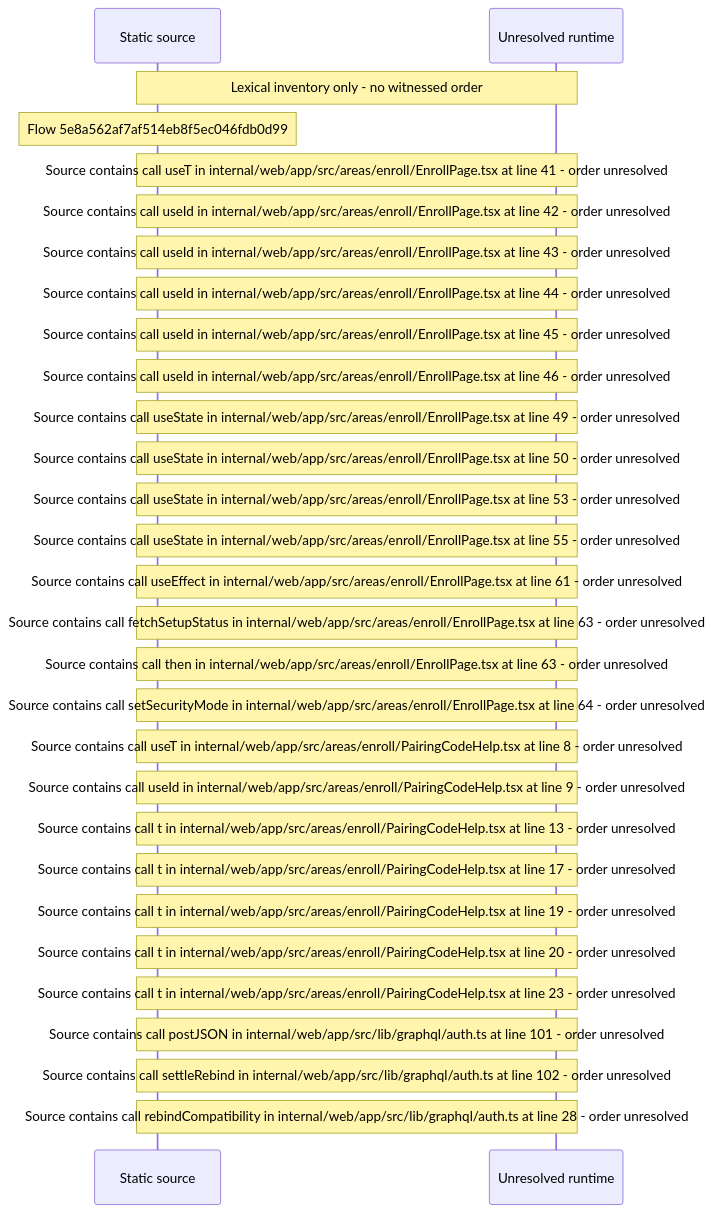
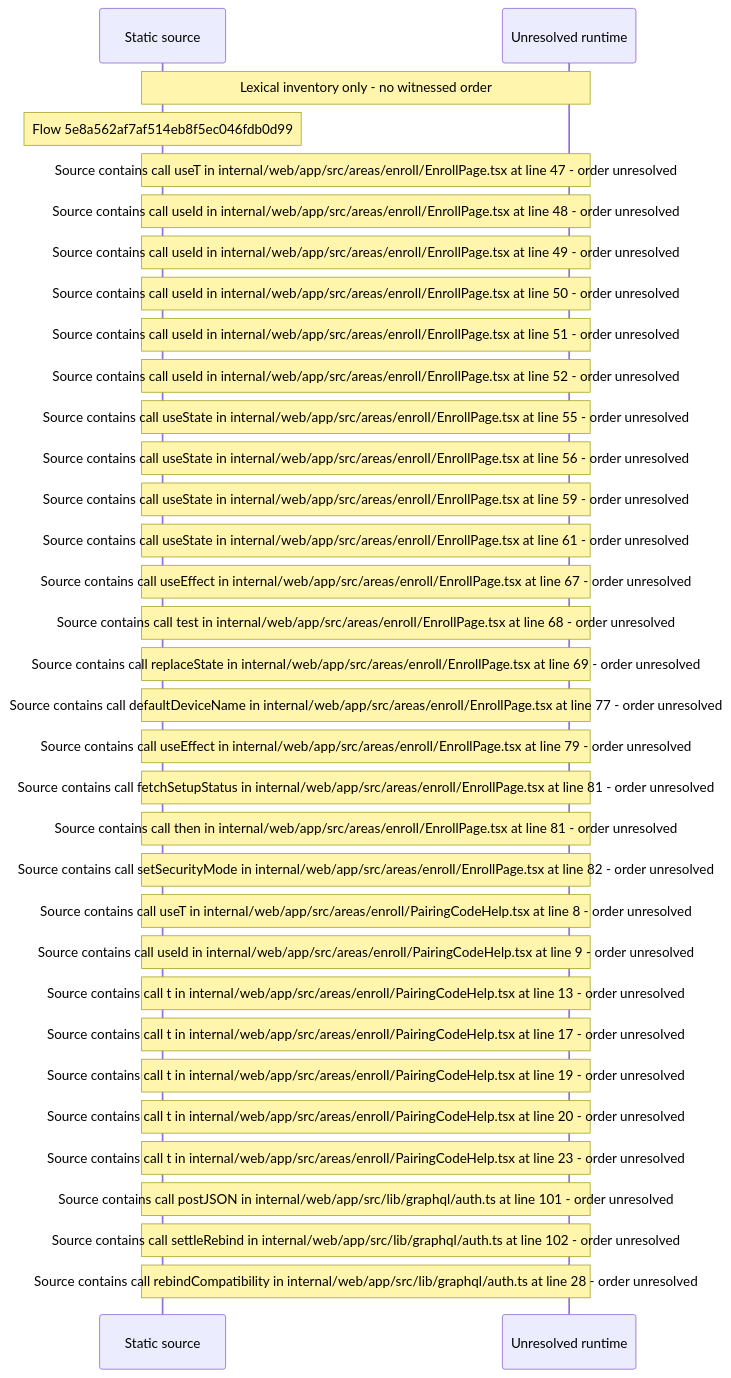
Before and after one commit to beamfall/core: the diagram in docs/web/flows/generated/5e8a562af7af514eb8f5ec046fdb0d99/flow-diagram.md, drawn with Mermaid. The commit also changed other lines of this file and 714 other files, not shown here.

Commit message:
Regenerate the web flow record on the batch 5 head (CORE-1762)

````diff
--- a/docs/web/flows/generated/5e8a562af7af514eb8f5ec046fdb0d99/flow-diagram.md
+++ b/docs/web/flows/generated/5e8a562af7af514eb8f5ec046fdb0d99/flow-diagram.md
@@ -10,31 +10,35 @@
 ```mermaid
 sequenceDiagram
     participant S as Static source
     participant U as Unresolved runtime
     Note over S,U: Lexical inventory only - no witnessed order
     Note over S: Flow 5e8a562af7af514eb8f5ec046fdb0d99
-    Note over S,U: Source contains call useT in internal/web/app/src/areas/enroll/EnrollPage.tsx at line 41 - order unresolved
-    Note over S,U: Source contains call useId in internal/web/app/src/areas/enroll/EnrollPage.tsx at line 42 - order unresolved
-    Note over S,U: Source contains call useId in internal/web/app/src/areas/enroll/EnrollPage.tsx at line 43 - order unresolved
-    Note over S,U: Source contains call useId in internal/web/app/src/areas/enroll/EnrollPage.tsx at line 44 - order unresolved
-    Note over S,U: Source contains call useId in internal/web/app/src/areas/enroll/EnrollPage.tsx at line 45 - order unresolved
-    Note over S,U: Source contains call useId in internal/web/app/src/areas/enroll/EnrollPage.tsx at line 46 - order unresolved
-    Note over S,U: Source contains call useState in internal/web/app/src/areas/enroll/EnrollPage.tsx at line 49 - order unresolved
-    Note over S,U: Source contains call useState in internal/web/app/src/areas/enroll/EnrollPage.tsx at line 50 - order unresolved
-    Note over S,U: Source contains call useState in internal/web/app/src/areas/enroll/EnrollPage.tsx at line 53 - order unresolved
+    Note over S,U: Source contains call useT in internal/web/app/src/areas/enroll/EnrollPage.tsx at line 47 - order unresolved
+    Note over S,U: Source contains call useId in internal/web/app/src/areas/enroll/EnrollPage.tsx at line 48 - order unresolved
+    Note over S,U: Source contains call useId in internal/web/app/src/areas/enroll/EnrollPage.tsx at line 49 - order unresolved
+    Note over S,U: Source contains call useId in internal/web/app/src/areas/enroll/EnrollPage.tsx at line 50 - order unresolved
+    Note over S,U: Source contains call useId in internal/web/app/src/areas/enroll/EnrollPage.tsx at line 51 - order unresolved
+    Note over S,U: Source contains call useId in internal/web/app/src/areas/enroll/EnrollPage.tsx at line 52 - order unresolved
     Note over S,U: Source contains call useState in internal/web/app/src/areas/enroll/EnrollPage.tsx at line 55 - order unresolved
-    Note over S,U: Source contains call useEffect in internal/web/app/src/areas/enroll/EnrollPage.tsx at line 61 - order unresolved
-    Note over S,U: Source contains call fetchSetupStatus in internal/web/app/src/areas/enroll/EnrollPage.tsx at line 63 - order unresolved
-    Note over S,U: Source contains call then in internal/web/app/src/areas/enroll/EnrollPage.tsx at line 63 - order unresolved
-    Note over S,U: Source contains call setSecurityMode in internal/web/app/src/areas/enroll/EnrollPage.tsx at line 64 - order unresolved
+    Note over S,U: Source contains call useState in internal/web/app/src/areas/enroll/EnrollPage.tsx at line 56 - order unresolved
+    Note over S,U: Source contains call useState in internal/web/app/src/areas/enroll/EnrollPage.tsx at line 59 - order unresolved
+    Note over S,U: Source contains call useState in internal/web/app/src/areas/enroll/EnrollPage.tsx at line 61 - order unresolved
+    Note over S,U: Source contains call useEffect in internal/web/app/src/areas/enroll/EnrollPage.tsx at line 67 - order unresolved
+    Note over S,U: Source contains call test in internal/web/app/src/areas/enroll/EnrollPage.tsx at line 68 - order unresolved
+    Note over S,U: Source contains call replaceState in internal/web/app/src/areas/enroll/EnrollPage.tsx at line 69 - order unresolved
+    Note over S,U: Source contains call defaultDeviceName in internal/web/app/src/areas/enroll/EnrollPage.tsx at line 77 - order unresolved
+    Note over S,U: Source contains call useEffect in internal/web/app/src/areas/enroll/EnrollPage.tsx at line 79 - order unresolved
+    Note over S,U: Source contains call fetchSetupStatus in internal/web/app/src/areas/enroll/EnrollPage.tsx at line 81 - order unresolved
+    Note over S,U: Source contains call then in internal/web/app/src/areas/enroll/EnrollPage.tsx at line 81 - order unresolved
+    Note over S,U: Source contains call setSecurityMode in internal/web/app/src/areas/enroll/EnrollPage.tsx at line 82 - order unresolved
     Note over S,U: Source contains call useT in internal/web/app/src/areas/enroll/PairingCodeHelp.tsx at line 8 - order unresolved
     Note over S,U: Source contains call useId in internal/web/app/src/areas/enroll/PairingCodeHelp.tsx at line 9 - order unresolved
     Note over S,U: Source contains call t in internal/web/app/src/areas/enroll/PairingCodeHelp.tsx at line 13 - order unresolved
     Note over S,U: Source contains call t in internal/web/app/src/areas/enroll/PairingCodeHelp.tsx at line 17 - order unresolved
     Note over S,U: Source contains call t in internal/web/app/src/areas/enroll/PairingCodeHelp.tsx at line 19 - order unresolved
     Note over S,U: Source contains call t in internal/web/app/src/areas/enroll/PairingCodeHelp.tsx at line 20 - order unresolved
     Note over S,U: Source contains call t in internal/web/app/src/areas/enroll/PairingCodeHelp.tsx at line 23 - order unresolved
     Note over S,U: Source contains call postJSON in internal/web/app/src/lib/graphql/auth.ts at line 101 - order unresolved
     Note over S,U: Source contains call settleRebind in internal/web/app/src/lib/graphql/auth.ts at line 102 - order unresolved
     Note over S,U: Source contains call rebindCompatibility in internal/web/app/src/lib/graphql/auth.ts at line 28 - order unresolved
 ```
````
